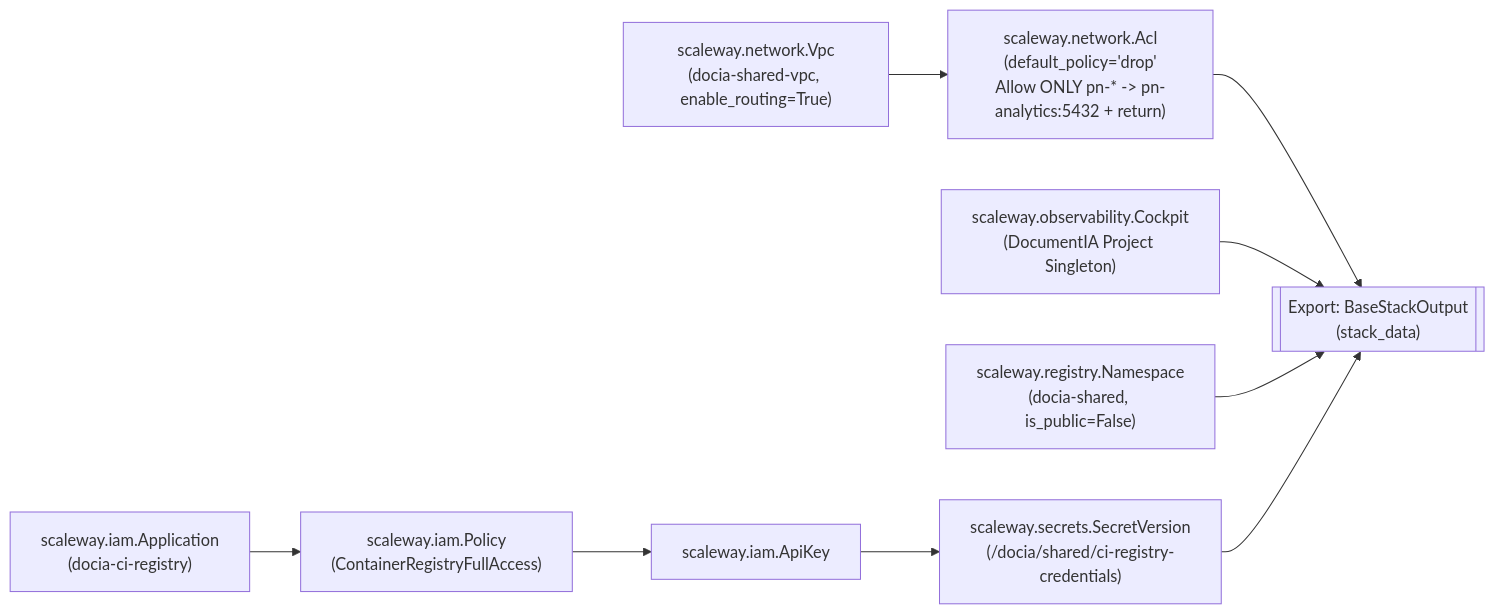
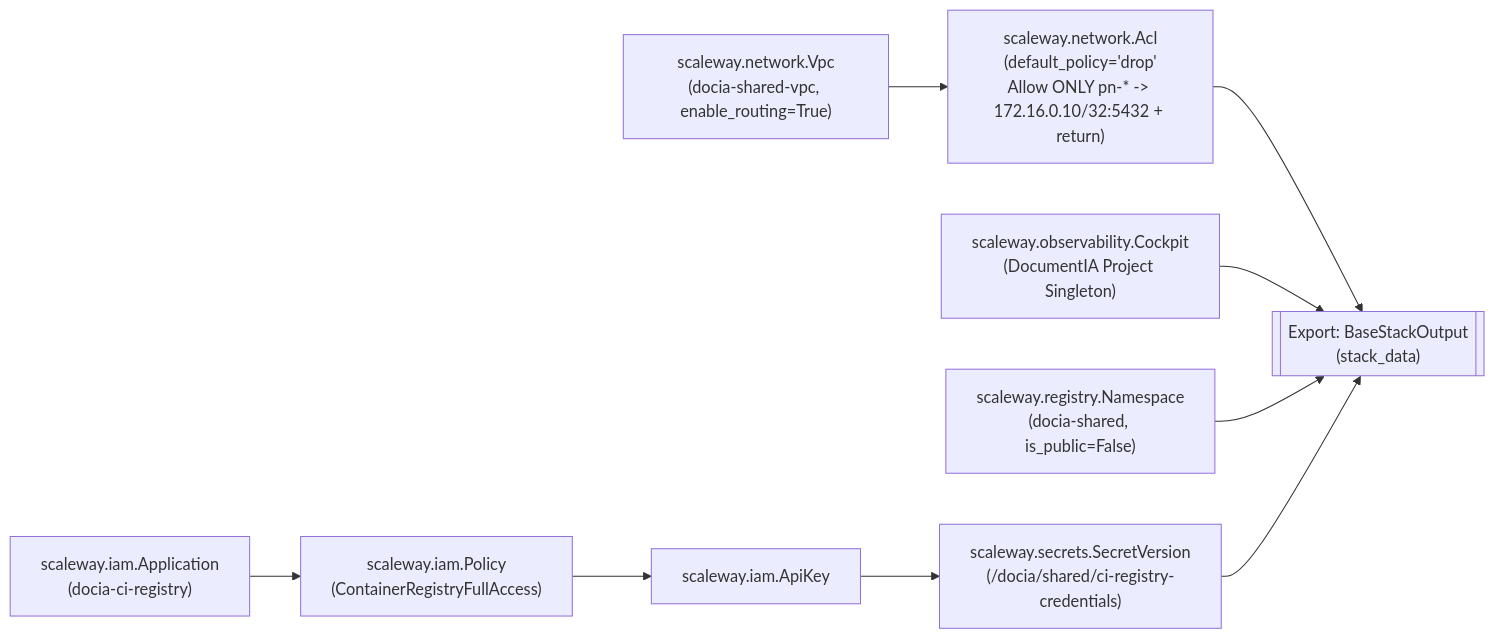
Diagram 11 of 17 in docs/ARCHITECTURE.md (etalab-ia/document-ia-infra), drawn with Mermaid before and after one commit. The commit also changed other lines of this file, not shown here.

First line of the commit message:
docs(architecture): harden VPC ACL, S3 policies, K8s secrets, Bastion, KEDA TLS and Traefik

````diff
--- a/docs/ARCHITECTURE.md
+++ b/docs/ARCHITECTURE.md
@@ -907,11 +946,11 @@
 ```mermaid
 flowchart LR
-    VPC["scaleway.network.Vpc<br/>(docia-shared-vpc, enable_routing=True)"] --> VPC_ACL["scaleway.network.Acl<br/>(default_policy='drop'<br/>Allow ONLY pn-* -> pn-analytics:5432 + return)"]
+    VPC["scaleway.network.Vpc<br/>(docia-shared-vpc, enable_routing=True)"] --> VPC_ACL["scaleway.network.Acl<br/>(default_policy='drop'<br/>Allow ONLY pn-* -> 172.16.0.10/32:5432 + return)"]
     COCKPIT["scaleway.observability.Cockpit<br/>(DocumentIA Project Singleton)"]
     REG["scaleway.registry.Namespace<br/>(docia-shared, is_public=False)"]
     CI_APP["scaleway.iam.Application<br/>(docia-ci-registry)"] --> CI_POL["scaleway.iam.Policy<br/>(ContainerRegistryFullAccess)"]
     CI_POL --> CI_KEY["scaleway.iam.ApiKey"]
     CI_KEY --> CI_SEC["scaleway.secrets.SecretVersion<br/>(/docia/shared/ci-registry-credentials)"]
 
     VPC_ACL & COCKPIT & REG & CI_SEC --> OUT[["Export: BaseStackOutput<br/>(stack_data)"]]
 ```
````
